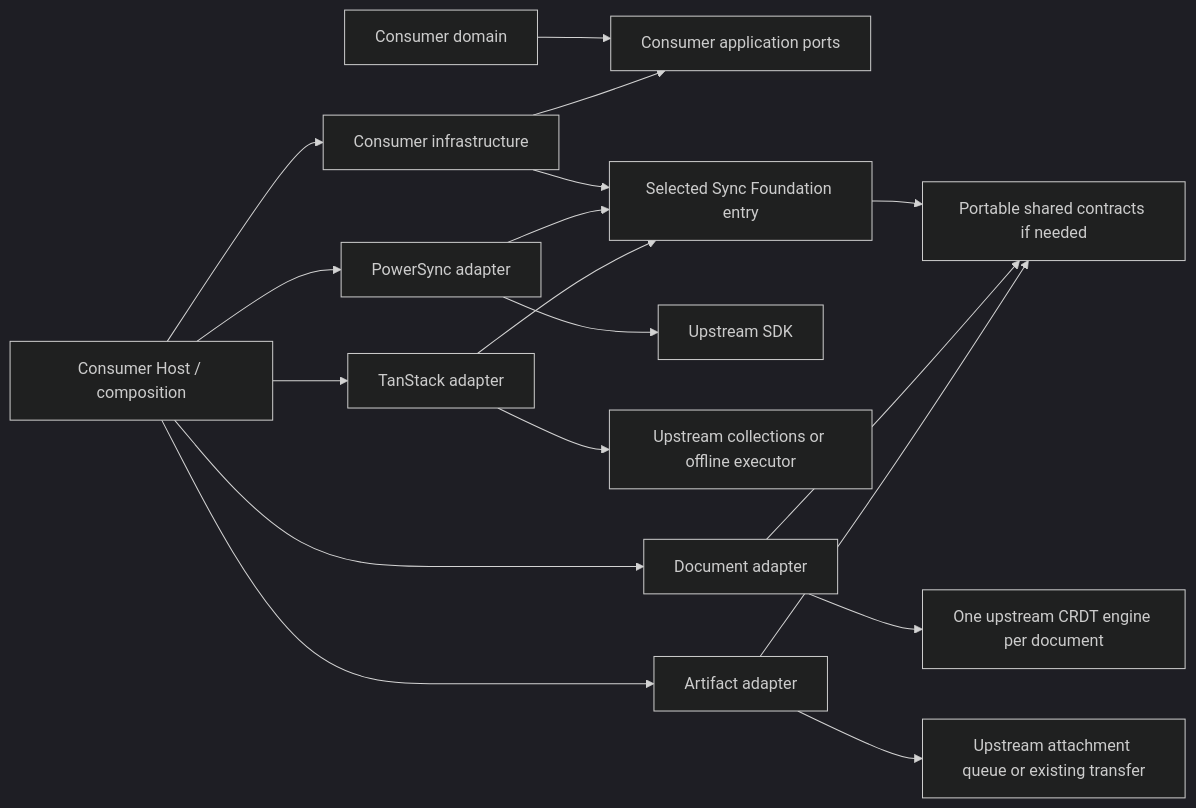
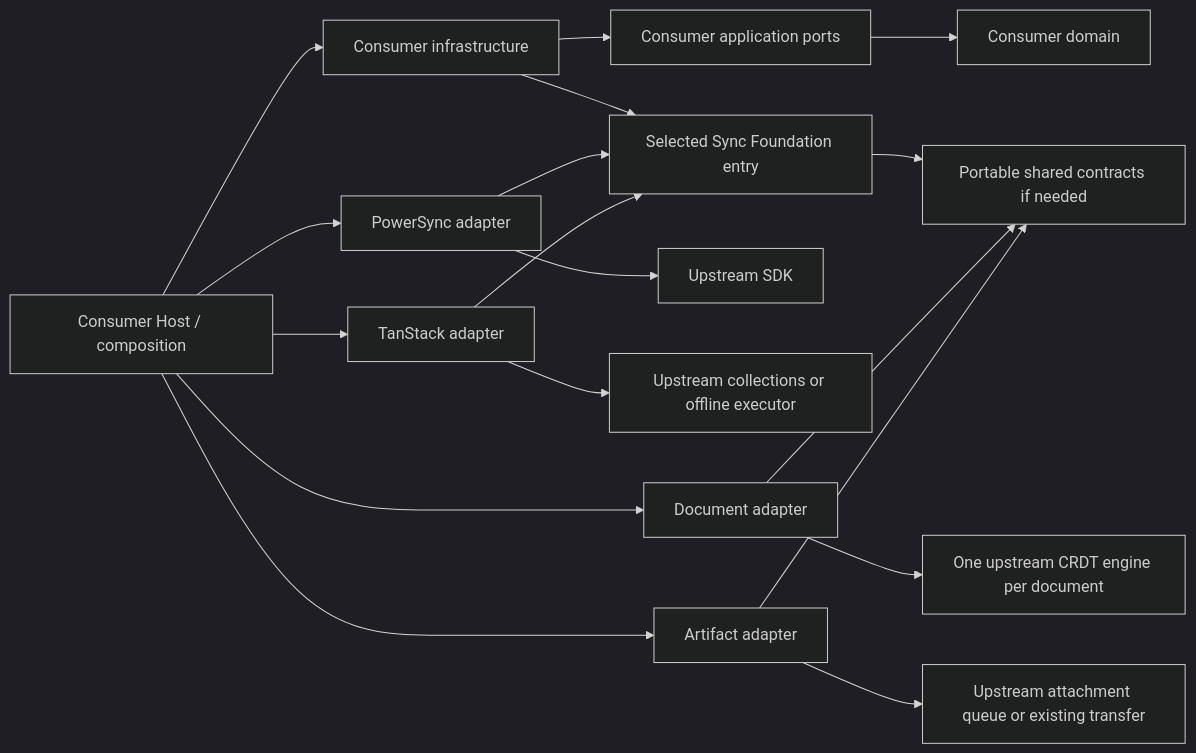
Before and after one commit to agent-teams-ai/.github: the diagram in docs/architecture/sync-foundation-library-design.md, drawn with Mermaid (dark theme). The commit also changed other lines of this file, not shown here.

````diff
--- a/docs/architecture/sync-foundation-library-design.md
+++ b/docs/architecture/sync-foundation-library-design.md
@@ -216,20 +216,20 @@
 ```mermaid
 flowchart LR
-  CD[Consumer domain] --> CP[Consumer application ports]
+  CP[Consumer application ports] --> CD[Consumer domain]
   CA[Consumer infrastructure] --> CP
   CA --> LIB[Selected Sync Foundation entry]
   LIB --> CORE[Portable shared contracts if needed]
   PA[PowerSync adapter] --> PS[Upstream SDK]
   TA[TanStack adapter] --> TS[Upstream collections or offline executor]
   DA[Document adapter] --> CR[One upstream CRDT engine per document]
   BA[Artifact adapter] --> AT[Upstream attachment queue or existing transfer]
   PA --> LIB
   TA --> LIB
   DA --> CORE
   BA --> CORE
   HOST[Consumer Host / composition] --> CA
   HOST --> PA
   HOST --> TA
   HOST --> DA
   HOST --> BA
 ```
````
